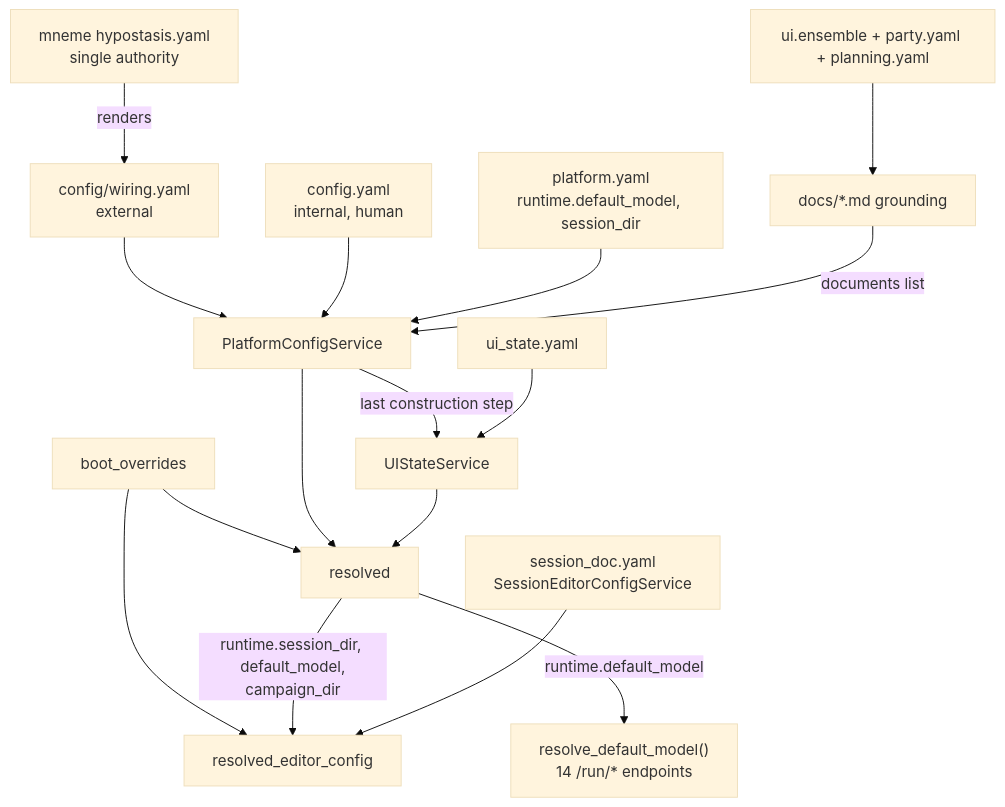
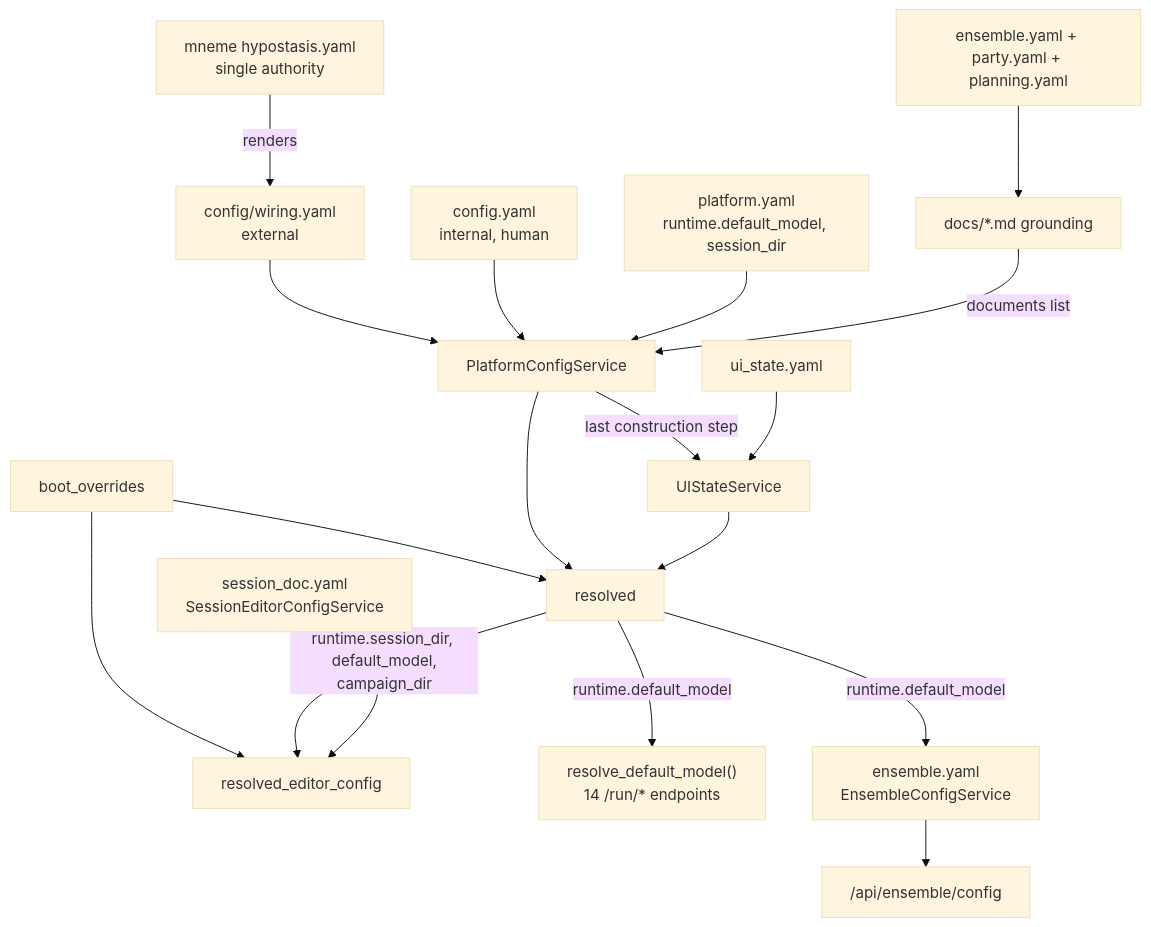
One commit to kostadis/CampaignGenerator changed the diagram in docs/config/master.md. Above: the diagram before and after it, drawn with Mermaid (base theme). The commit also changed other lines of this file and 7 other files, not shown here.

First line of the commit message:
Ensemble config isolation, Phase 6: reconcile the config docs

````diff
--- a/docs/config/master.md
+++ b/docs/config/master.md
@@ -9,18 +9,20 @@
 ```mermaid
 flowchart TB
   HY["mneme hypostasis.yaml<br/>single authority"] -->|renders| WI["config/wiring.yaml<br/>external"]
   WI --> PLAT
   CY["config.yaml<br/>internal, human"] --> PLAT[PlatformConfigService]
   PY["platform.yaml<br/>runtime.default_model, session_dir"] --> PLAT
   PLAT -->|last construction step| UIS[UIStateService]
   US[ui_state.yaml] --> UIS
   BO[boot_overrides] --> RES[resolved]
   PLAT --> RES
   UIS --> RES
   BO --> RESE[resolved_editor_config]
   RES -->|runtime.session_dir, default_model,<br/>campaign_dir| RESE
   SD["session_doc.yaml<br/>SessionEditorConfigService"] --> RESE
   RES -->|runtime.default_model| RDM["resolve_default_model()<br/>14 /run/* endpoints"]
-  UIE["ui.ensemble + party.yaml + planning.yaml"] --> GD["docs/*.md grounding"]
+  ENS["ensemble.yaml<br/>EnsembleConfigService"] --> RESE2["/api/ensemble/config"]
+  RES -->|runtime.default_model| ENS
+  UIE["ensemble.yaml + party.yaml + planning.yaml"] --> GD["docs/*.md grounding"]
   GD -->|documents list| PLAT
 ```
````
